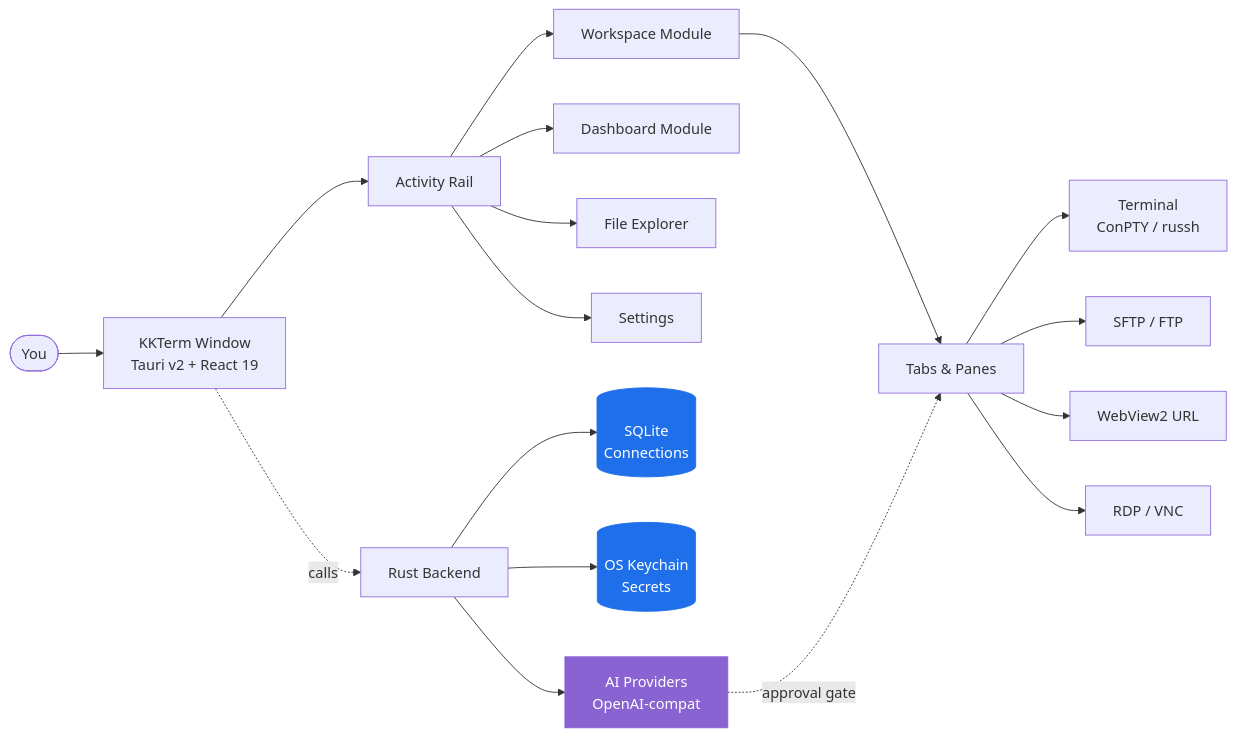
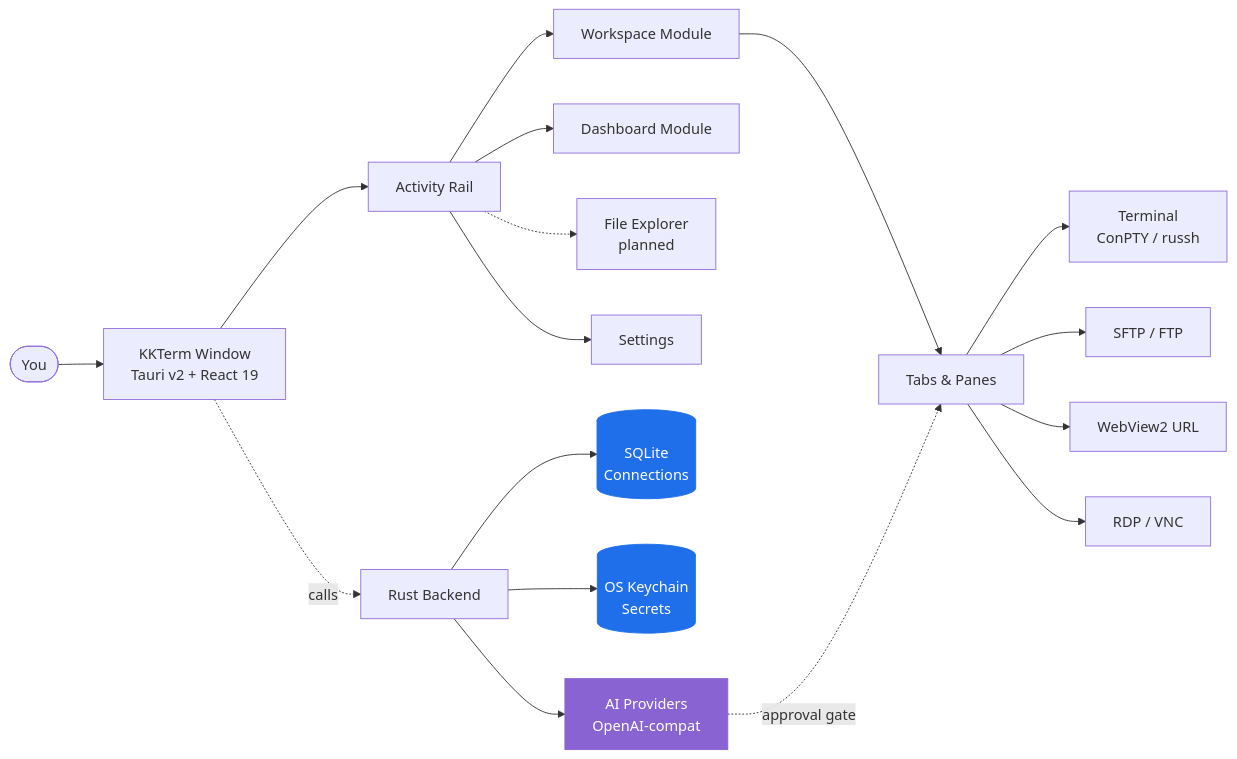
Before and after one commit to mastertalent707-stack/KKTerm: the diagram in README.de.md, drawn with Mermaid. The commit also changed other lines of this file and 13 other files, not shown here.

````diff
--- a/README.de.md
+++ b/README.de.md
@@ -265,27 +265,27 @@
 ```mermaid
 flowchart LR
     User([You]) --> Shell[KKTerm Window<br/>Tauri v2 + React 19]
     Shell --> Rail[Activity Rail]
     Rail --> WS[Workspace Module]
     Rail --> Dash[Dashboard Module]
-    Rail --> FE[File Explorer]
+    Rail -.-> FE[File Explorer<br/>planned]
     Rail --> Set[Settings]
 
     WS --> Tabs[Tabs &amp; Panes]
     Tabs --> Term[Terminal<br/>ConPTY / russh]
     Tabs --> SFTP[SFTP / FTP]
     Tabs --> Web[WebView2 URL]
     Tabs --> RD[RDP / VNC]
 
     Shell -.calls.-> Rust[Rust Backend]
     Rust --> SQLite[(SQLite<br/>Connections)]
     Rust --> Keychain[(OS Keychain<br/>Secrets)]
     Rust --> AI[AI Providers<br/>OpenAI-compat]
 
     AI -. approval gate .-> Tabs
 
     classDef local fill:#1f6feb,stroke:#1f6feb,color:#fff
     classDef ai fill:#8a63d2,stroke:#8a63d2,color:#fff
     class SQLite,Keychain local
     class AI ai
 ```
````
